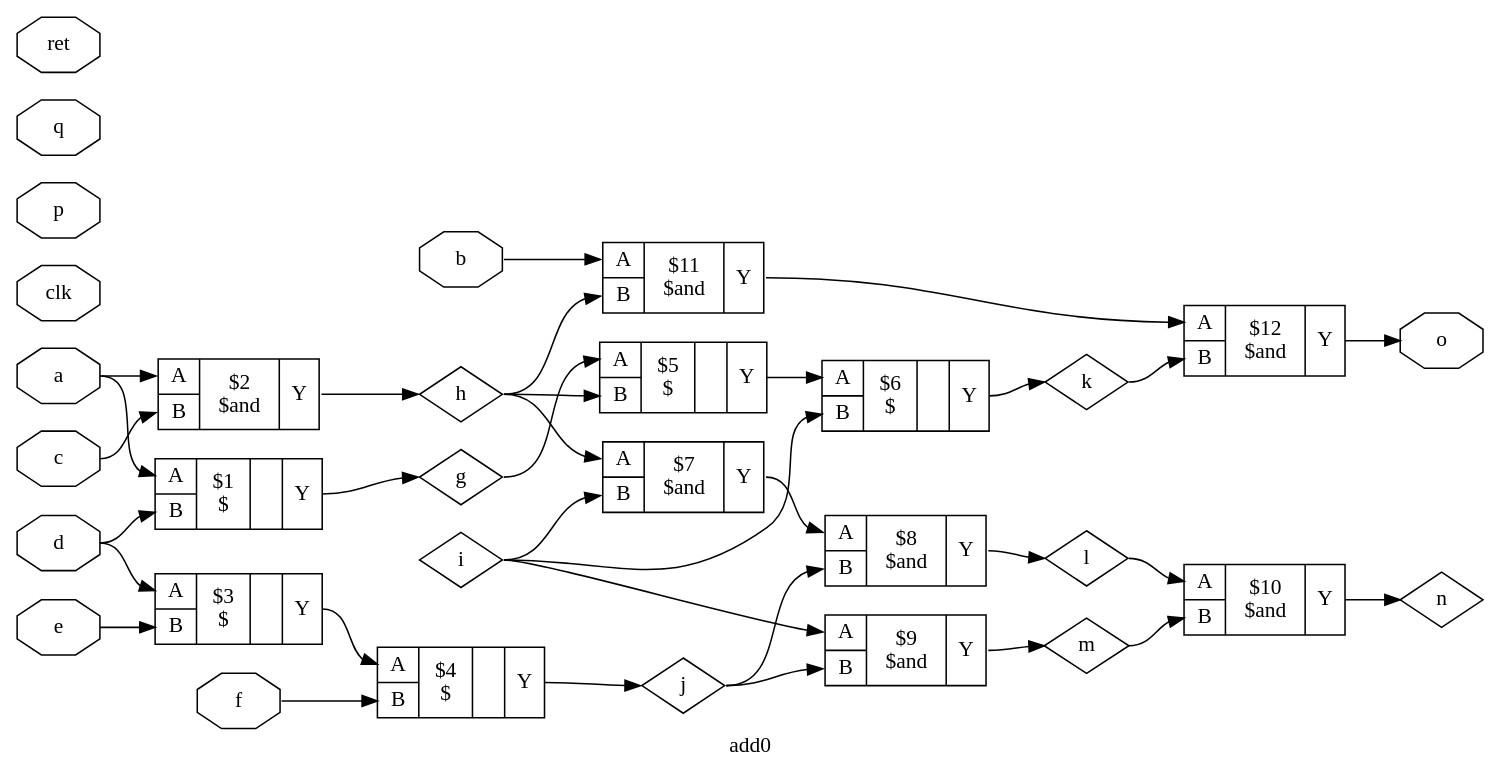
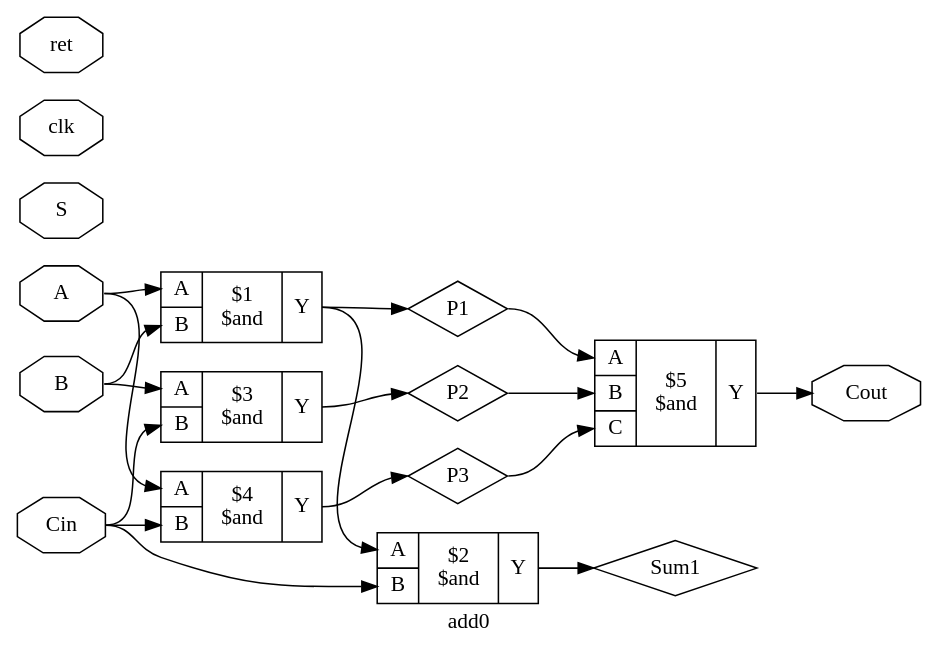
One commit to three-words-of-knot/2024-DuiMingZanDing-ZongShe changed the diagram in output/test1.dot. Above: the diagram before and after it, drawn with Graphviz. The commit also changed 1 other file, not shown here.

```diff
--- a/output/test1.dot
+++ b/output/test1.dot
@@ -1,68 +1,37 @@
 digraph "add0" {
 label="add0";
 rankdir="LR";
 remincross=true;
-n1 [ shape=octagon, label="a"];
-n2 [ shape=octagon, label="b"];
-n3 [ shape=octagon, label="c"];
-n4 [ shape=octagon, label="clk"];
-n5 [ shape=octagon, label="d"];
-n6 [ shape=octagon, label="e"];
-n7 [ shape=octagon, label="f"];
-n8 [ shape=diamond, label="g"];
-n9 [ shape=diamond, label="h"];
-n10 [ shape=diamond, label="i"];
-n11 [ shape=diamond, label="j"];
-n12 [ shape=diamond, label="k"];
-n13 [ shape=diamond, label="l"];
-n14 [ shape=diamond, label="m"];
-n15 [ shape=diamond, label="n"];
-n16 [ shape=octagon, label="o"];
-n17 [ shape=octagon, label="p"];
-n18 [ shape=octagon, label="q"];
-n19 [ shape=octagon, label="ret"];
-c23 [ shape=record, label="{{<p20> A|<p21> B}|$1\n$||{<p22> Y}}", ];
-n1:e -> c23:p20:w;
-n5:e -> c23:p21:w;
-c23:p22:e -> n8:w;
-c24 [ shape=record, label="{{<p20> A|<p21> B}|$2\n\$and|{<p22> Y}}", ];
-n1:e -> c24:p20:w;
-n3:e -> c24:p21:w;
-c24:p22:e -> n9:w;
-c25 [ shape=record, label="{{<p20> A|<p21> B}|$3\n$||{<p22> Y}}", ];
-n5:e -> c25:p20:w;
-n6:e -> c25:p21:w;
-c26 [ shape=record, label="{{<p20> A|<p21> B}|$4\n$||{<p22> Y}}", ];
-c25:e -> c26:p20:w;
-n7:e -> c26:p21:w;
-c26:p22:e -> n11:w;
-c27 [ shape=record, label="{{<p20> A|<p21> B}|$5\n$||{<p22> Y}}", ];
-n8:e -> c27:p20:w;
-n9:e -> c27:p21:w;
-c28 [ shape=record, label="{{<p20> A|<p21> B}|$6\n$||{<p22> Y}}", ];
-c27:e -> c28:p20:w;
-n10:e -> c28:p21:w;
-c28:p22:e -> n12:w;
-c29 [ shape=record, label="{{<p20> A|<p21> B}|$7\n\$and|{<p22> Y}}", ];
-n9:e -> c29:p20:w;
-n10:e -> c29:p21:w;
-c30 [ shape=record, label="{{<p20> A|<p21> B}|$8\n\$and|{<p22> Y}}", ];
-c29:e -> c30:p20:w;
-n11:e -> c30:p21:w;
-c30:p22:e -> n13:w;
-c31 [ shape=record, label="{{<p20> A|<p21> B}|$9\n\$and|{<p22> Y}}", ];
-n10:e -> c31:p20:w;
-n11:e -> c31:p21:w;
-c31:p22:e -> n14:w;
-c32 [ shape=record, label="{{<p20> A|<p21> B}|$10\n\$and|{<p22> Y}}", ];
-n13:e -> c32:p20:w;
-n14:e -> c32:p21:w;
-c32:p22:e -> n15:w;
-c33 [ shape=record, label="{{<p20> A|<p21> B}|$11\n\$and|{<p22> Y}}", ];
-n2:e -> c33:p20:w;
-n9:e -> c33:p21:w;
-c34 [ shape=record, label="{{<p20> A|<p21> B}|$12\n\$and|{<p22> Y}}", ];
-c33:e -> c34:p20:w;
-n12:e -> c34:p21:w;
-c34:p22:e -> n16:w;
+n1 [ shape=octagon, label="A"];
+n2 [ shape=octagon, label="B"];
+n3 [ shape=octagon, label="Cin"];
+n4 [ shape=octagon, label="Cout"];
+n5 [ shape=diamond, label="P1"];
+n6 [ shape=diamond, label="P2"];
+n7 [ shape=diamond, label="P3"];
+n8 [ shape=octagon, label="S"];
+n9 [ shape=diamond, label="Sum1"];
+n10 [ shape=octagon, label="clk"];
+n11 [ shape=octagon, label="ret"];
+c13 [ shape=record, label="{{<p1> A|<p2> B}|$1\n\$and|{<p12> Y}}", ];
+n1:e -> c13:p1:w;
+n2:e -> c13:p2:w;
+c13:p12:e -> n5:w;
+c14 [ shape=record, label="{{<p1> A|<p2> B}|$2\n\$and|{<p12> Y}}", ];
+c13:e -> c14:p1:w;
+n3:e -> c14:p2:w;
+c14:p12:e -> n9:w;
+c15 [ shape=record, label="{{<p1> A|<p2> B}|$3\n\$and|{<p12> Y}}", ];
+n2:e -> c15:p1:w;
+n3:e -> c15:p2:w;
+c15:p12:e -> n6:w;
+c16 [ shape=record, label="{{<p1> A|<p2> B}|$4\n\$and|{<p12> Y}}", ];
+n1:e -> c16:p1:w;
+n3:e -> c16:p2:w;
+c16:p12:e -> n7:w;
+c18 [ shape=record, label="{{<p1> A|<p2> B|<p17> C}|$5\n\$and|{<p12> Y}}", ];
+c18:p12:e -> n4:w;
+n5:e -> c18:p1:w;
+n6:e -> c18:p2:w;
+n7:e -> c18:p17:w;
 }
```
